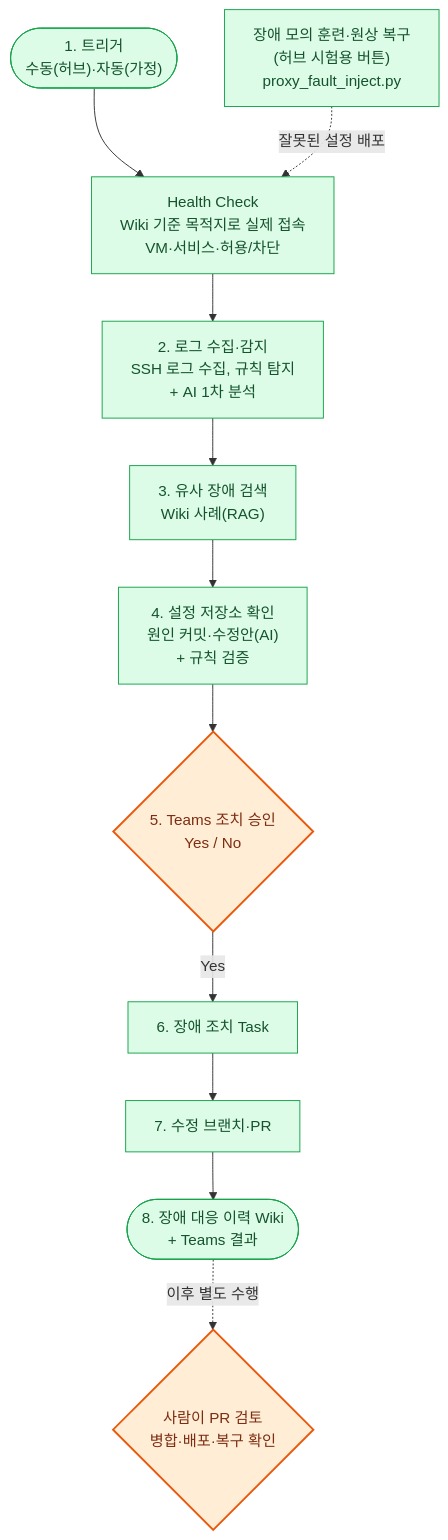
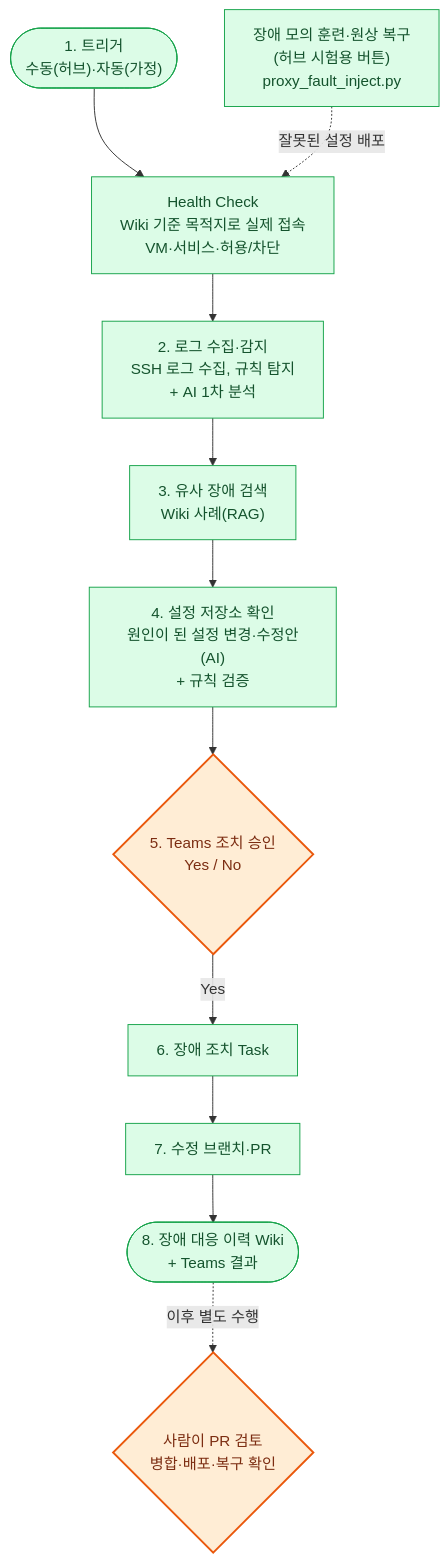
Before and after one commit to pcmola/ai-master: the third of 10 diagrams in README.md, drawn with Mermaid. The commit also changed other lines of this file and 5 other files, not shown here.

````diff
--- a/README.md
+++ b/README.md
@@ -318,18 +318,18 @@
 ```mermaid
 flowchart TD
     t(["1. 트리거<br/>수동(허브)·자동(가정)"]) --> hc["Health Check<br/>Wiki 기준 목적지로 실제 접속<br/>VM·서비스·허용/차단"]
     hc --> d["2. 로그 수집·감지<br/>SSH 로그 수집, 규칙 탐지<br/>+ AI 1차 분석"]
     d --> sim["3. 유사 장애 검색<br/>Wiki 사례(RAG)"]
-    sim --> src["4. 설정 저장소 확인<br/>원인 커밋·수정안(AI)<br/>+ 규칙 검증"]
+    sim --> src["4. 설정 저장소 확인<br/>원인이 된 설정 변경·수정안(AI)<br/>+ 규칙 검증"]
     src --> ap{"5. Teams 조치 승인<br/>Yes / No"}
     ap -- "Yes" --> task["6. 장애 조치 Task"]
     task --> pr["7. 수정 브랜치·PR"]
     pr --> hist(["8. 장애 대응 이력 Wiki<br/>+ Teams 결과"])
     hist -. "이후 별도 수행" .-> review{"사람이 PR 검토<br/>병합·배포·복구 확인"}
     inj["장애 모의 훈련·원상 복구<br/>(허브 시험용 버튼)<br/>proxy_fault_inject.py"] -. "잘못된 설정 배포" .-> hc
 
     classDef done fill:#DCFCE7,stroke:#16A34A,color:#14532D
     classDef user fill:#FFEDD5,stroke:#EA580C,stroke-width:2px,color:#7C2D12
     class t,hc,d,sim,src,inj,task,pr,hist done
     class ap,review user
 ```
````
